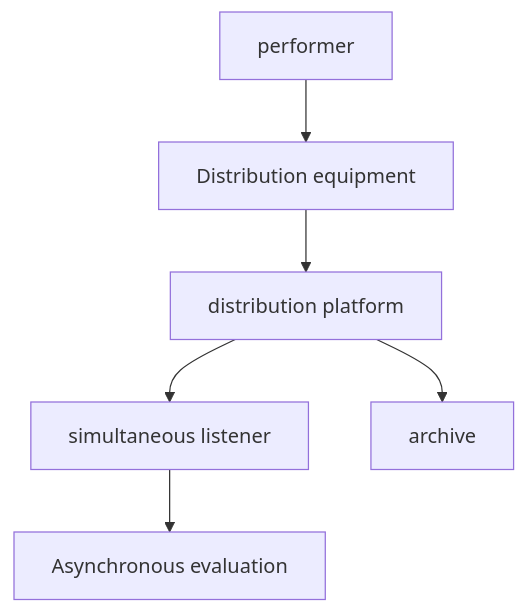
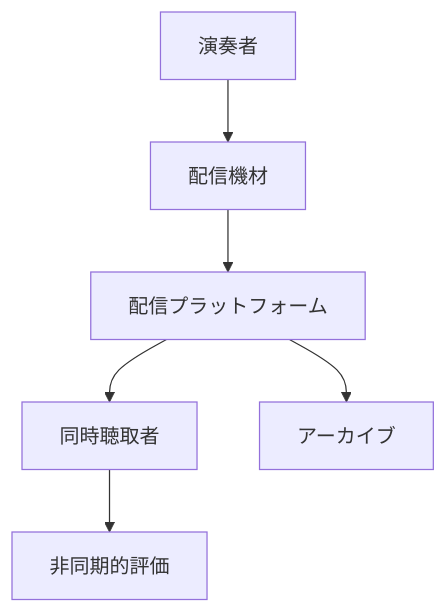
Before and after one commit to monumental-movement/monumental-movement.github.io: the second of 2 diagrams in en/_posts/2025-12-15-column-nts-boiler-room.md, drawn with Mermaid. The commit also changed other lines of this file and 2196 other files, not shown here.

```diff
--- a/en/_posts/2025-12-15-column-nts-boiler-room.md
+++ b/en/_posts/2025-12-15-column-nts-boiler-room.md
@@ -125,7 +125,7 @@
 <div class="mermaid">
 flowchart TD
-    A[performer] --> B[Distribution equipment] --> C[distribution platform]
-    C --> D[simultaneous listener]
-    C --> E[archive]
-    D --> F[Asynchronous evaluation]
+    A[演奏者] --> B[配信機材] --> C[配信プラットフォーム]
+    C --> D[同時聴取者]
+    C --> E[アーカイブ]
+    D --> F[非同期的評価]
 </div>
```
